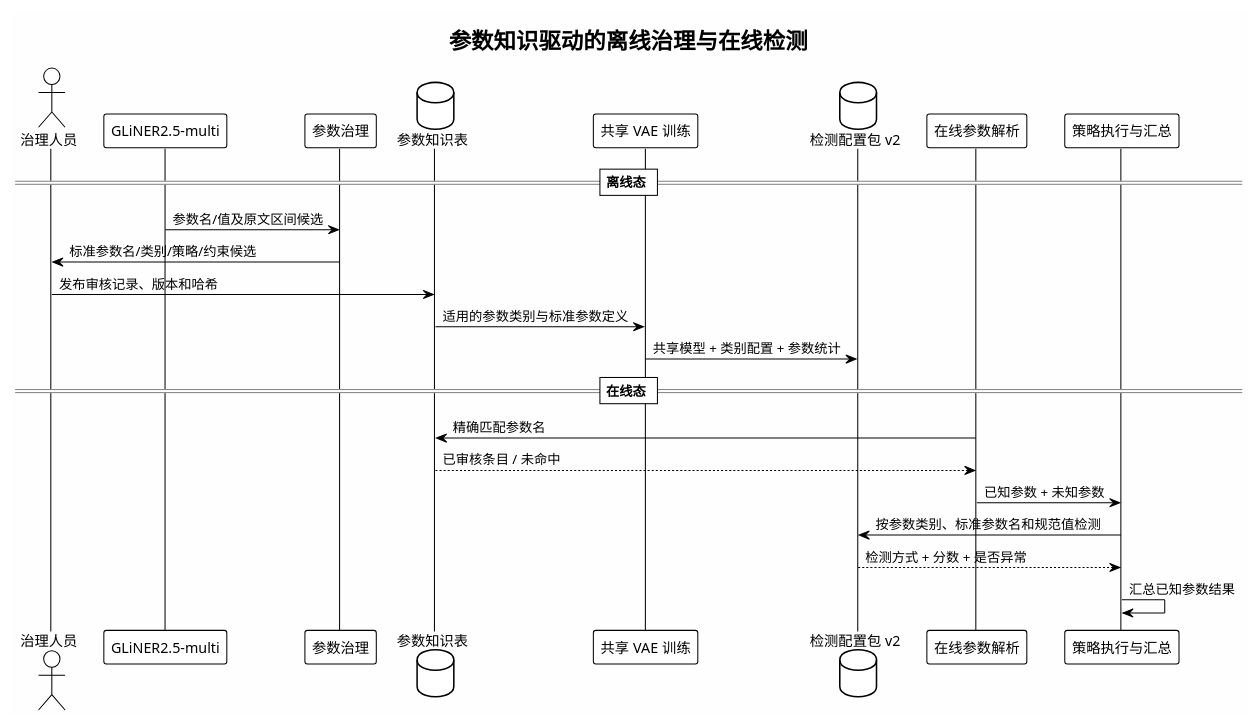
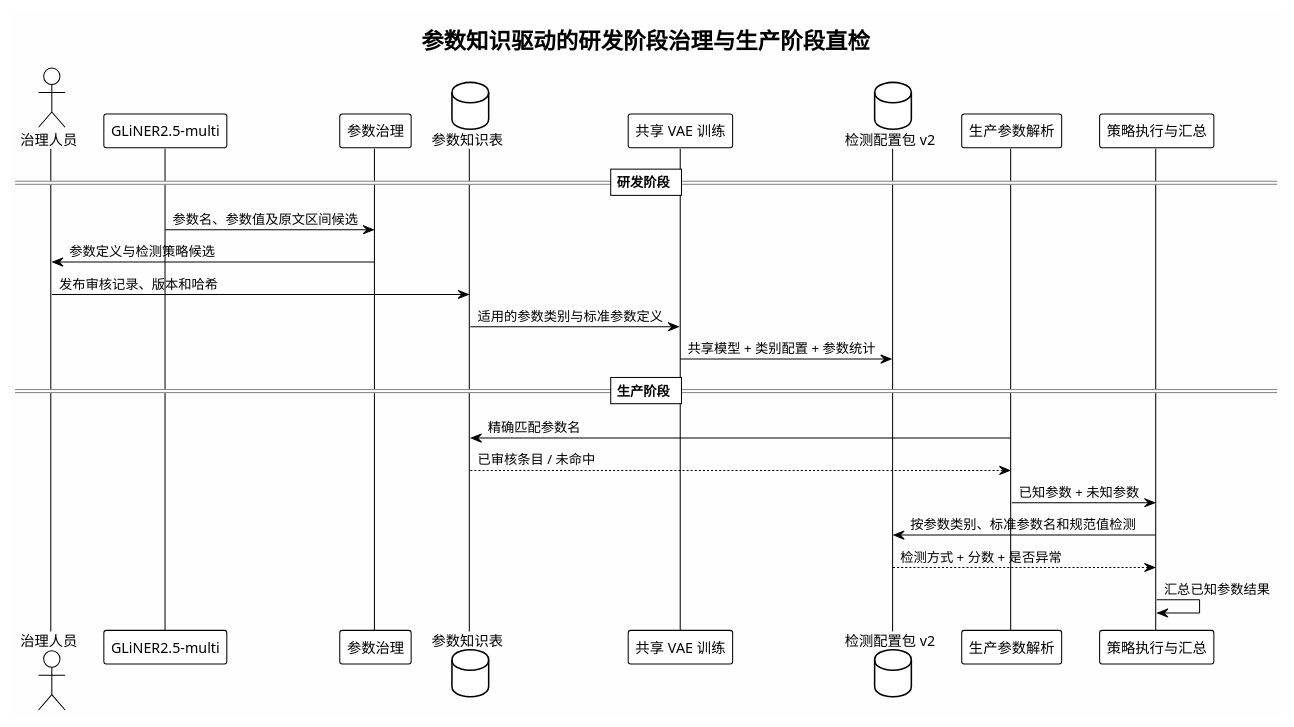
Before and after one commit to HouMonKy/TIG-PIPLUP: the sixth of 11 diagrams in LogNet3.0方案设计与实现文档.md, drawn with PlantUML. The commit also changed other lines of this file, not shown here.

Commit message:
docs: refine parameter anomaly architecture

````diff
--- a/LogNet3.0方案设计与实现文档.md
+++ b/LogNet3.0方案设计与实现文档.md
@@ -777,34 +727,34 @@
 ```plantuml
 @startuml Parameter_Anomaly_Flow
 !theme plain
 skinparam backgroundColor #FEFEFE
 skinparam shadowing false
 
-title 参数知识驱动的离线治理与在线检测
+title 参数知识驱动的研发阶段治理与生产阶段直检
 
 actor "治理人员" as Reviewer
 participant "GLiNER2.5-multi" as GLiNER
 participant "参数治理" as Govern
 database "参数知识表" as Knowledge
 participant "共享 VAE 训练" as Training
 database "检测配置包 v2" as Assets
-participant "在线参数解析" as Parser
+participant "生产参数解析" as Parser
 participant "策略执行与汇总" as Detect
 
-== 离线态 ==
-GLiNER -> Govern: 参数名/值及原文区间候选
-Govern -> Reviewer: 标准参数名/类别/策略/约束候选
+== 研发阶段 ==
+GLiNER -> Govern: 参数名、参数值及原文区间候选
+Govern -> Reviewer: 参数定义与检测策略候选
 Reviewer -> Knowledge: 发布审核记录、版本和哈希
 Knowledge -> Training: 适用的参数类别与标准参数定义
 Training -> Assets: 共享模型 + 类别配置 + 参数统计
 
-== 在线态 ==
+== 生产阶段 ==
 Parser -> Knowledge: 精确匹配参数名
 Knowledge --> Parser: 已审核条目 / 未命中
 Parser -> Detect: 已知参数 + 未知参数
 Detect -> Assets: 按参数类别、标准参数名和规范值检测
 Assets --> Detect: 检测方式 + 分数 + 是否异常
 Detect -> Detect: 汇总已知参数结果
 
 @enduml
 ```
````
